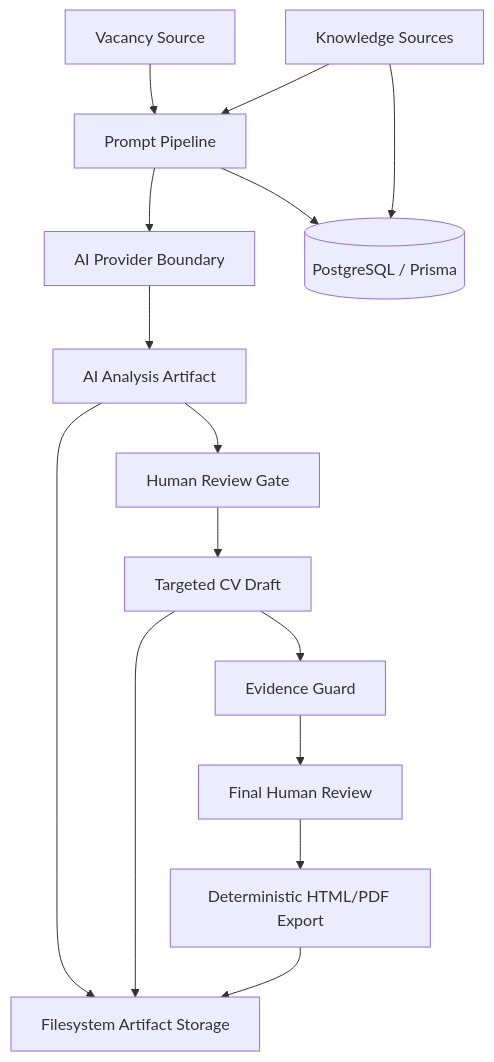
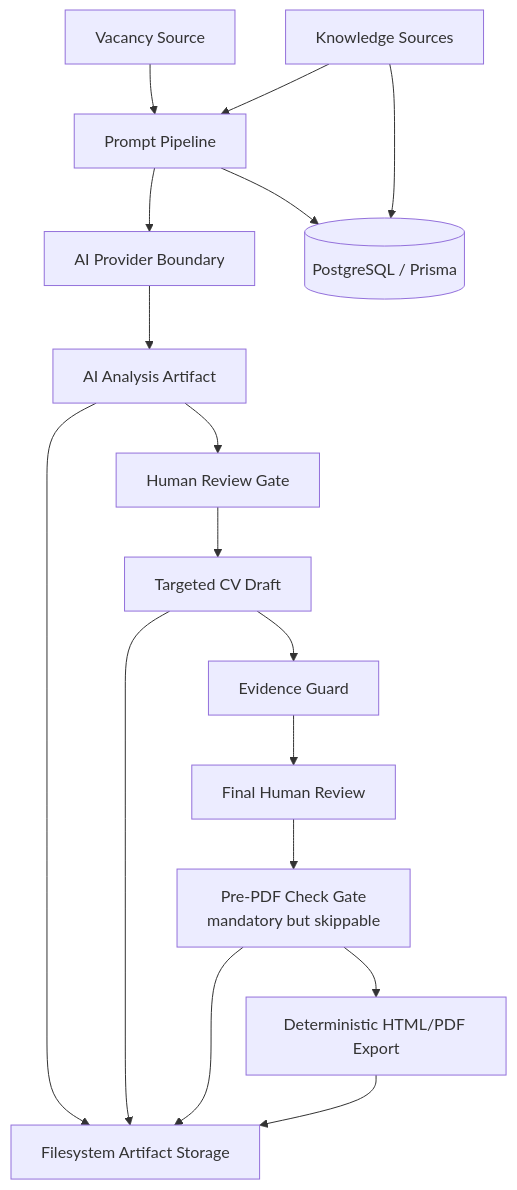
The second of 2 diagrams in README.md (strakhovdenya/jobflow-cv-pipeline), drawn with Mermaid before and after one commit. The commit also changed other lines of this file and 138 other files, not shown here.

````diff
--- a/README.md
+++ b/README.md
@@ -110,18 +136,20 @@
 ```mermaid
 flowchart TD
     A[Vacancy Source] --> B[Prompt Pipeline]
     K[Knowledge Sources] --> B
     B --> C[AI Provider Boundary]
     C --> D[AI Analysis Artifact]
     D --> E[Human Review Gate]
     E --> F[Targeted CV Draft]
     F --> G[Evidence Guard]
     G --> H[Final Human Review]
-    H --> I[Deterministic HTML/PDF Export]
+    H --> P[Pre-PDF Check Gate<br/>mandatory but skippable]
+    P --> I[Deterministic HTML/PDF Export]
 
     B --> DB[(PostgreSQL / Prisma)]
     K --> DB
     D --> FS[Filesystem Artifact Storage]
     F --> FS
+    P --> FS
     I --> FS
 ```
````
